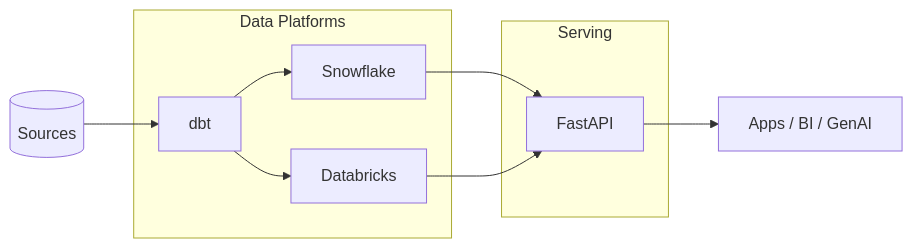
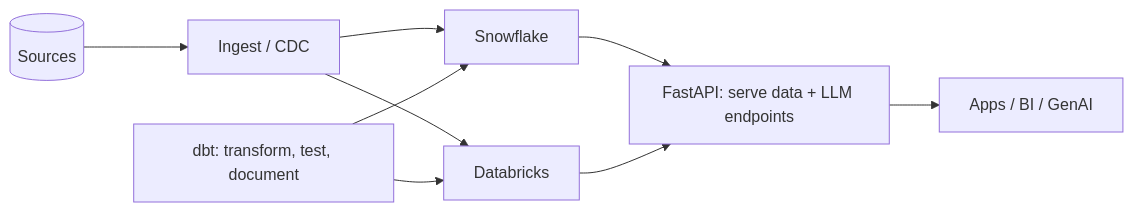
Before and after one commit to klnjoy/offerready: the diagram in content/Technologies/index.md, drawn with Mermaid. The commit also changed other lines of this file and 116 other files, not shown here.

````diff
--- a/content/Technologies/index.md
+++ b/content/Technologies/index.md
@@ -11,17 +21,11 @@
 ```mermaid
 flowchart LR
-    subgraph Data[Data Platforms]
-      SF[Snowflake]
-      DB[Databricks]
-      DBT[dbt]
-    end
-    subgraph Serving[Serving]
-      API[FastAPI]
-    end
-    SRC[(Sources)] --> DBT
-    DBT --> SF
+    SRC[(Sources)] --> ING[Ingest / CDC]
+    ING --> SF[Snowflake]
+    ING --> DB[Databricks]
+    DBT[dbt: transform, test, document] --> SF
     DBT --> DB
-    SF --> API
+    SF --> API[FastAPI: serve data + LLM endpoints]
     DB --> API
     API --> APP[Apps / BI / GenAI]
 ```
````
